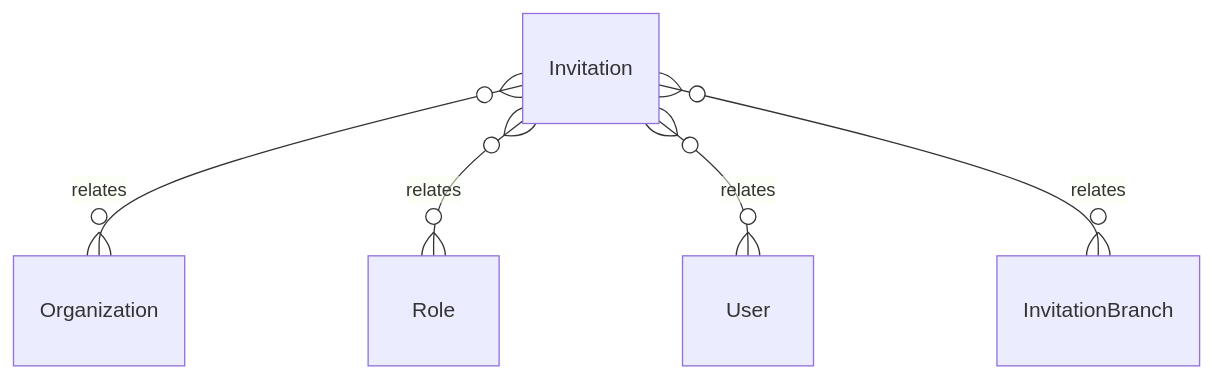
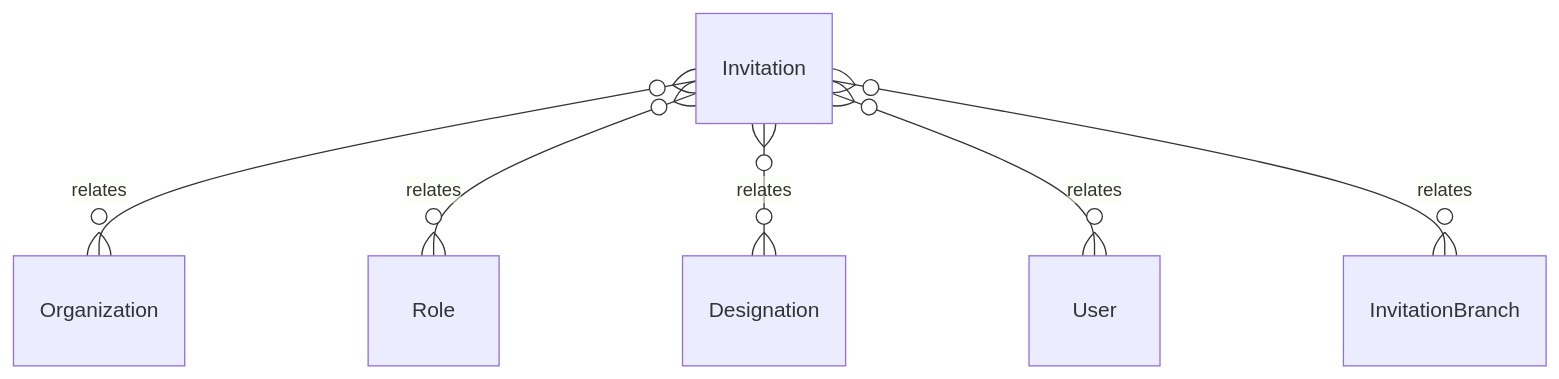
One commit to tejasnirala/rcln changed the diagram in .kb/Database/Invitation.md. Above: the diagram before and after it, drawn with Mermaid. The commit also changed other lines of this file and 196 other files, not shown here.

````diff
--- a/.kb/Database/Invitation.md
+++ b/.kb/Database/Invitation.md
@@ -46,7 +48,8 @@
 ```mermaid
 erDiagram
     Invitation }o--o{ Organization : relates
     Invitation }o--o{ Role : relates
+    Invitation }o--o{ Designation : relates
     Invitation }o--o{ User : relates
     Invitation }o--o{ InvitationBranch : relates
 ```
````
